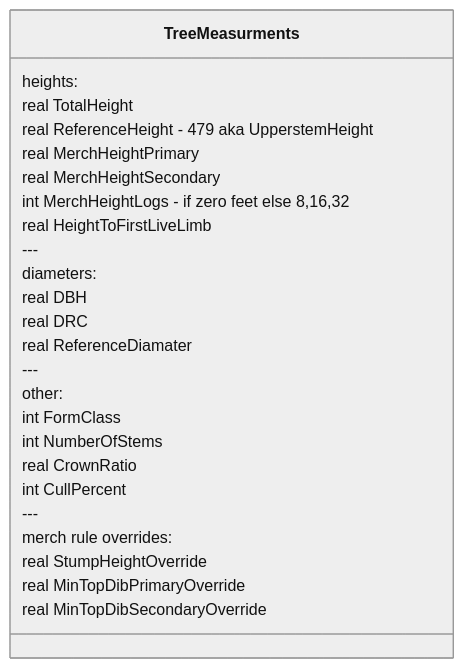
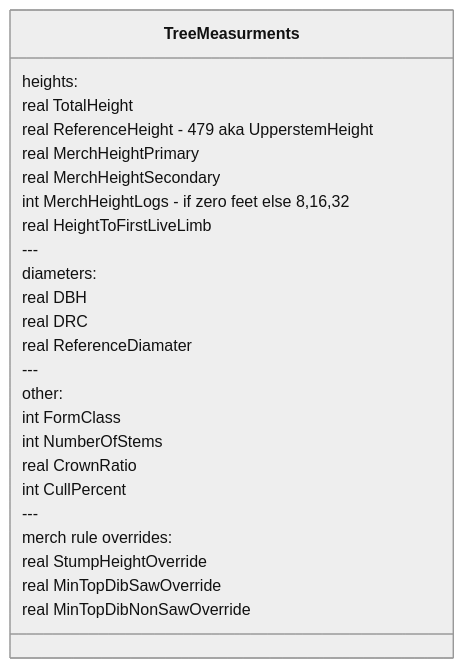
The fifth of 6 diagrams in docs/NewVolLibPlanning/VolumeCalulationFlow.md (FMSC-Measurements/VolumeLibrary), drawn with Mermaid (neutral theme) before and after one commit. The commit also changed other lines of this file and 2 other files, not shown here.

````diff
--- a/docs/NewVolLibPlanning/VolumeCalulationFlow.md
+++ b/docs/NewVolLibPlanning/VolumeCalulationFlow.md
@@ -139,30 +114,30 @@
 ```mermaid
 classDiagram
     class TreeMeasurments {
         heights:
         real TotalHeight
         real ReferenceHeight - 479 aka UpperstemHeight
         real MerchHeightPrimary
         real MerchHeightSecondary
         int MerchHeightLogs - if zero feet else 8,16,32
         real HeightToFirstLiveLimb
         
 ---
         diameters:
         real DBH
         real DRC
         real ReferenceDiamater
 ---
         other:
         int FormClass
         int NumberOfStems
         real CrownRatio
         int CullPercent
 ---
         merch rule overrides:
         real StumpHeightOverride
-        real MinTopDibPrimaryOverride
-        real MinTopDibSecondaryOverride
+        real MinTopDibSawOverride
+        real MinTopDibNonSawOverride
     }
 
 ```
````
